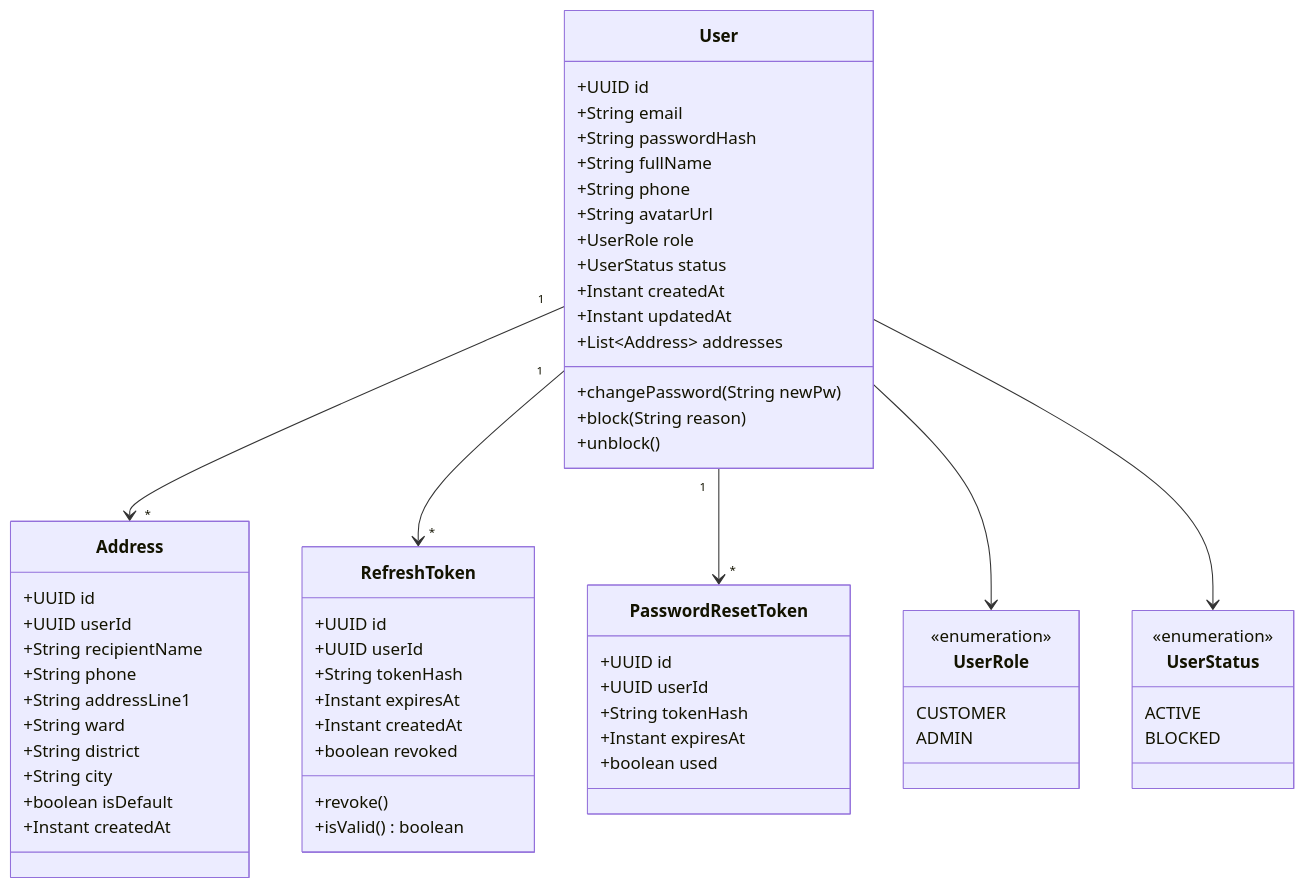
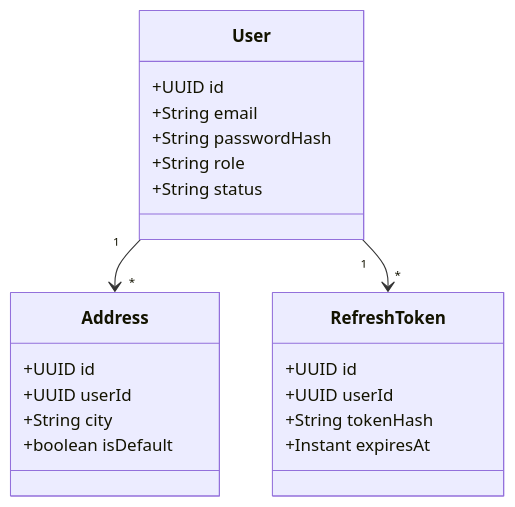
Before and after one commit to dminhduc250136/ptit_htpt: the first of 6 diagrams in architecture/03-class-diagrams.md, drawn with Mermaid. The commit also changed other lines of this file and 30 other files, not shown here.

````diff
--- a/architecture/03-class-diagrams.md
+++ b/architecture/03-class-diagrams.md
@@ -15,69 +7,24 @@
 ```mermaid
 classDiagram
     class User {
-        +UUID id
-        +String email
-        +String passwordHash
-        +String fullName
-        +String phone
-        +String avatarUrl
-        +UserRole role
-        +UserStatus status
-        +Instant createdAt
-        +Instant updatedAt
-        +List~Address~ addresses
-        +changePassword(String newPw)
-        +block(String reason)
-        +unblock()
+      +UUID id
+      +String email
+      +String passwordHash
+      +String role
+      +String status
     }
-
     class Address {
-        +UUID id
-        +UUID userId
-        +String recipientName
-        +String phone
-        +String addressLine1
-        +String ward
-        +String district
-        +String city
-        +boolean isDefault
-        +Instant createdAt
+      +UUID id
+      +UUID userId
+      +String city
+      +boolean isDefault
     }
-
     class RefreshToken {
-        +UUID id
-        +UUID userId
-        +String tokenHash
-        +Instant expiresAt
-        +Instant createdAt
-        +boolean revoked
-        +revoke()
-        +isValid() boolean
+      +UUID id
+      +UUID userId
+      +String tokenHash
+      +Instant expiresAt
     }
-
-    class PasswordResetToken {
-        +UUID id
-        +UUID userId
-        +String tokenHash
-        +Instant expiresAt
-        +boolean used
-    }
-
-    class UserRole {
-        <<enumeration>>
-        CUSTOMER
-        ADMIN
-    }
-
-    class UserStatus {
-        <<enumeration>>
-        ACTIVE
-        BLOCKED
-    }
-
     User "1" --> "*" Address
     User "1" --> "*" RefreshToken
-    User "1" --> "*" PasswordResetToken
-    User --> UserRole
-    User --> UserStatus
 ```
````
